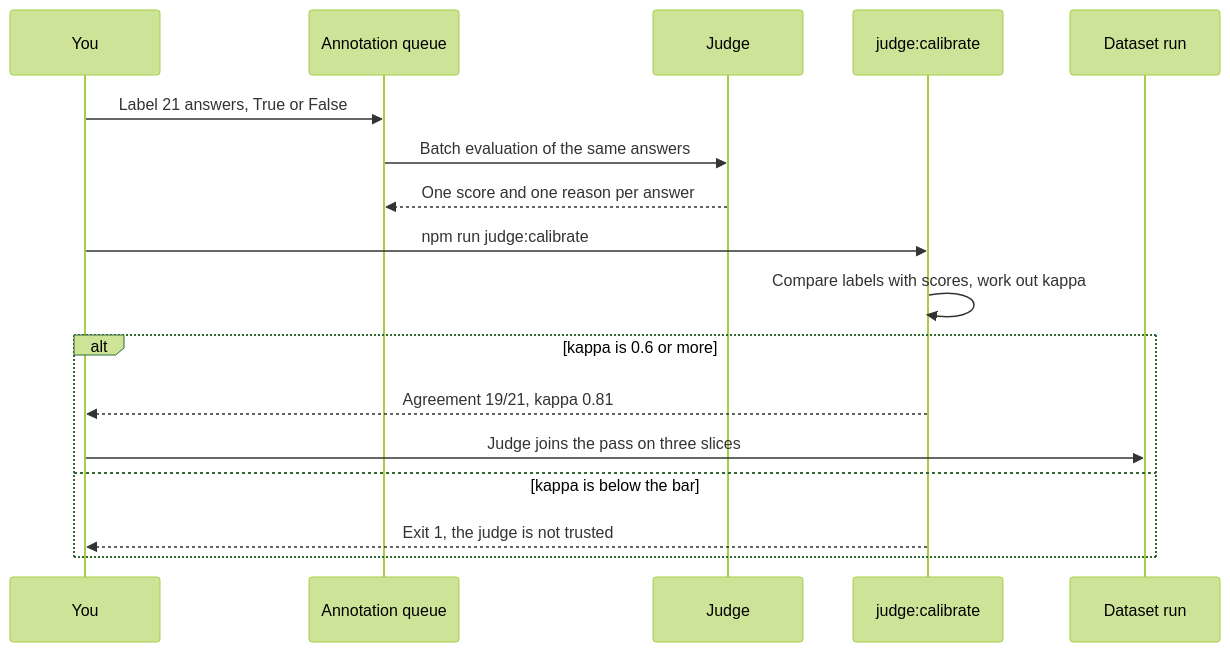
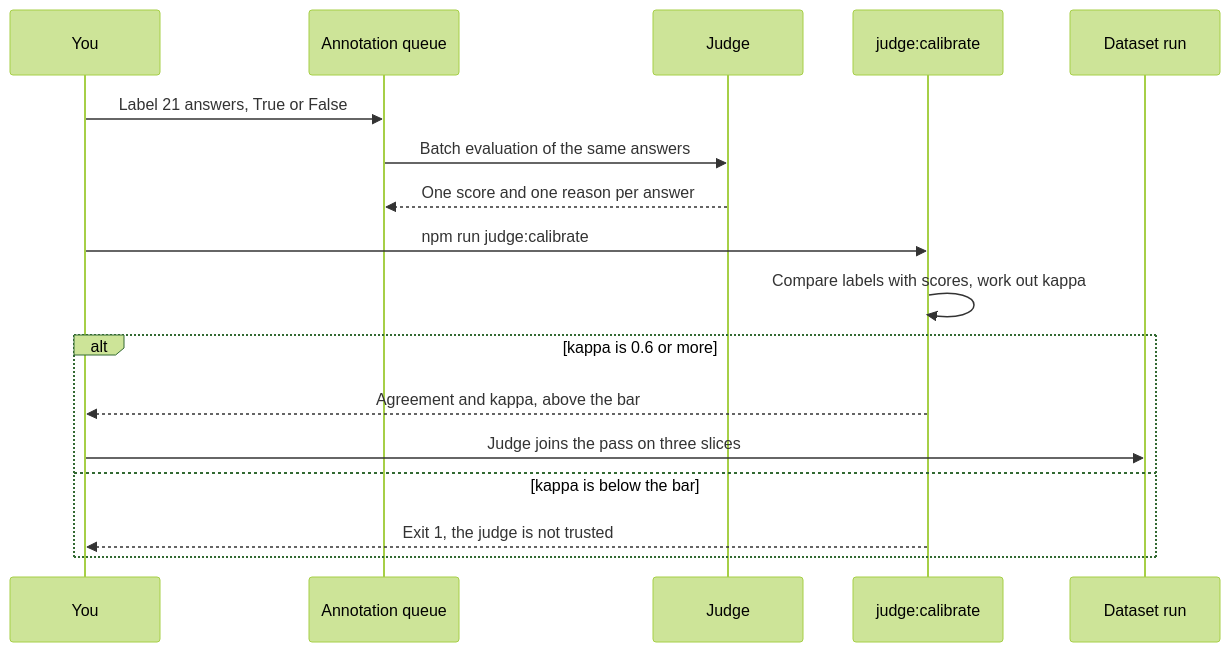
The first of 2 diagrams in docs/learner/09-advanced-evals.md (learnwithparam/agentic-ai-buildcamp), drawn with Mermaid (forest theme) before and after one commit. The commit also changed other lines of this file and 45 other files, not shown here.

````diff
--- a/docs/learner/09-advanced-evals.md
+++ b/docs/learner/09-advanced-evals.md
@@ -47,19 +47,19 @@
 ```mermaid
 sequenceDiagram
     participant H as You
     participant Q as Annotation queue
     participant J as Judge
     participant K as judge:calibrate
     participant R as Dataset run
     H->>Q: Label 21 answers, True or False
     Q->>J: Batch evaluation of the same answers
     J-->>Q: One score and one reason per answer
     H->>K: npm run judge:calibrate
     K->>K: Compare labels with scores, work out kappa
     alt kappa is 0.6 or more
-        K-->>H: Agreement 19/21, kappa 0.81
+        K-->>H: Agreement and kappa, above the bar
         H->>R: Judge joins the pass on three slices
     else kappa is below the bar
         K-->>H: Exit 1, the judge is not trusted
     end
 ```
````
